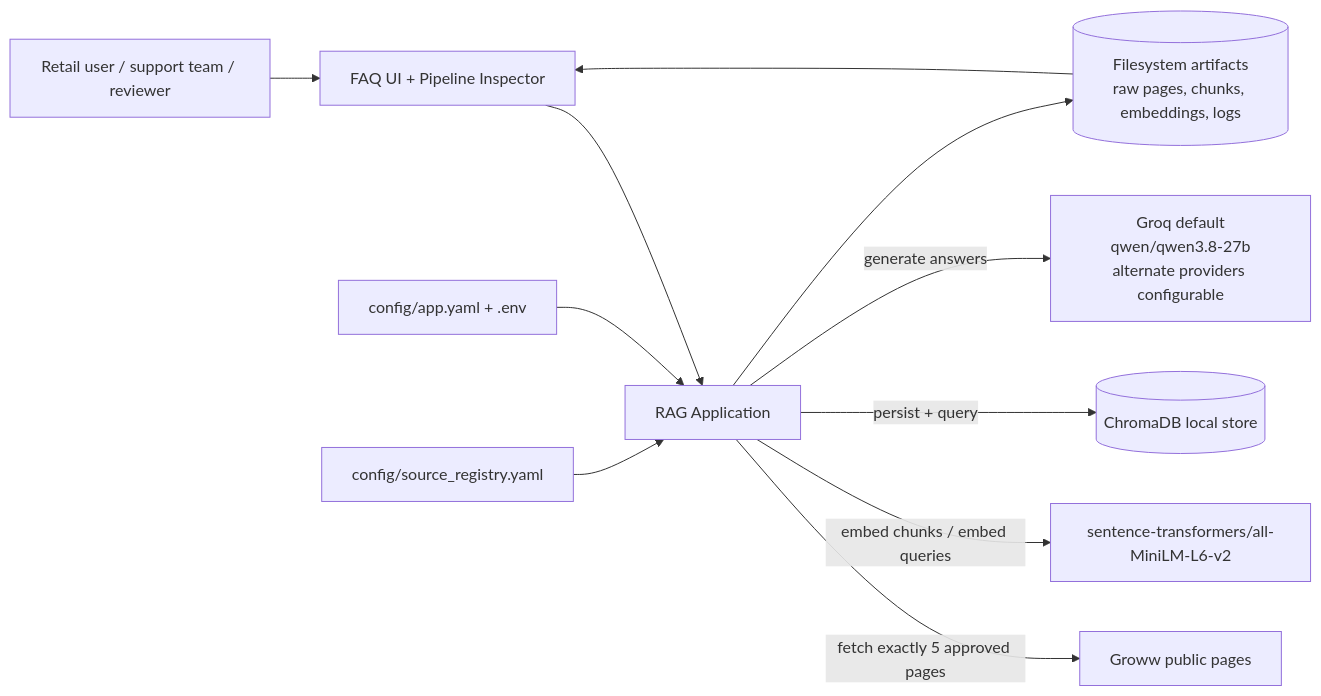
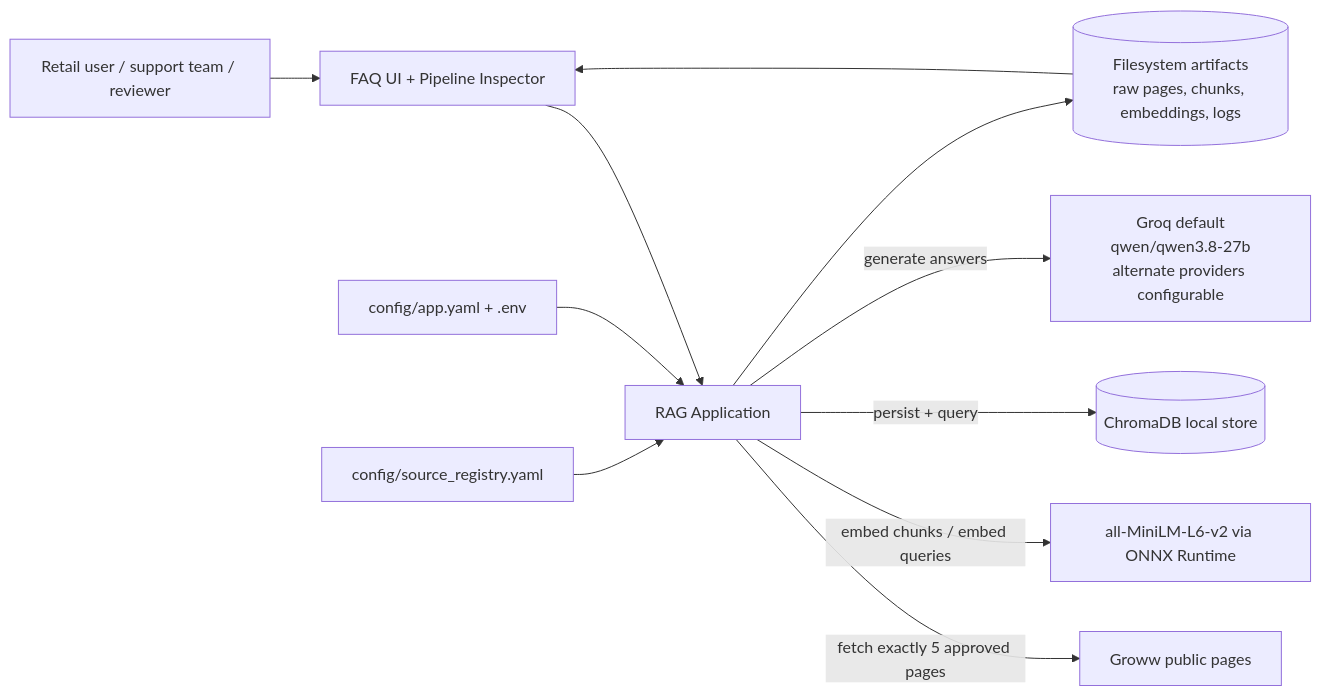
The first of 4 diagrams in Docs/architecture.md (vikneshsrv24/RAG), drawn with Mermaid before and after one commit. The commit also changed other lines of this file and 13 other files, not shown here.

Commit message:
Replace SentenceTransformer with committed ONNX encoder

````diff
--- a/Docs/architecture.md
+++ b/Docs/architecture.md
@@ -36,13 +36,13 @@
 ```mermaid
 flowchart LR
     U[Retail user / support team / reviewer] --> UI[FAQ UI + Pipeline Inspector]
     UI --> APP[RAG Application]
     APP -->|fetch exactly 5 approved pages| GW[Groww public pages]
-    APP -->|embed chunks / embed queries| EMB[sentence-transformers/all-MiniLM-L6-v2]
+    APP -->|embed chunks / embed queries| EMB[all-MiniLM-L6-v2 via ONNX Runtime]
     APP -->|persist + query| CHROMA[(ChromaDB local store)]
     APP -->|generate answers| LLM[Groq default<br/>qwen/qwen3.8-27b<br/>alternate providers configurable]
     APP --> ART[(Filesystem artifacts<br/>raw pages, chunks, embeddings, logs)]
     CFG[config/app.yaml + .env] --> APP
     SR[config/source_registry.yaml] --> APP
     ART --> UI
 ```
````
